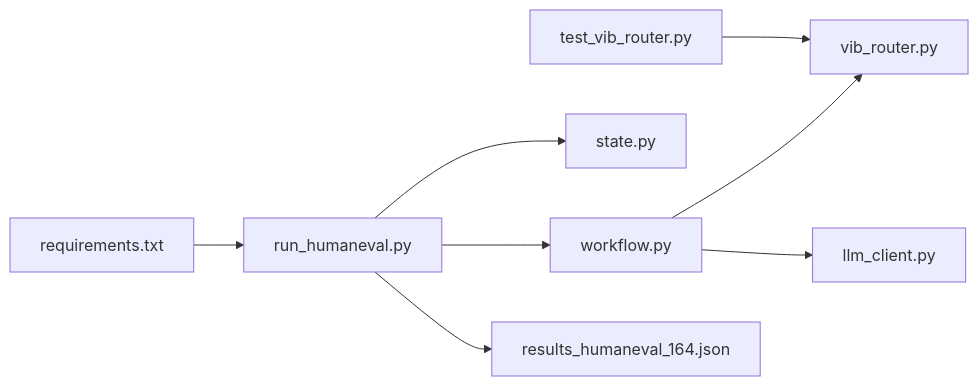
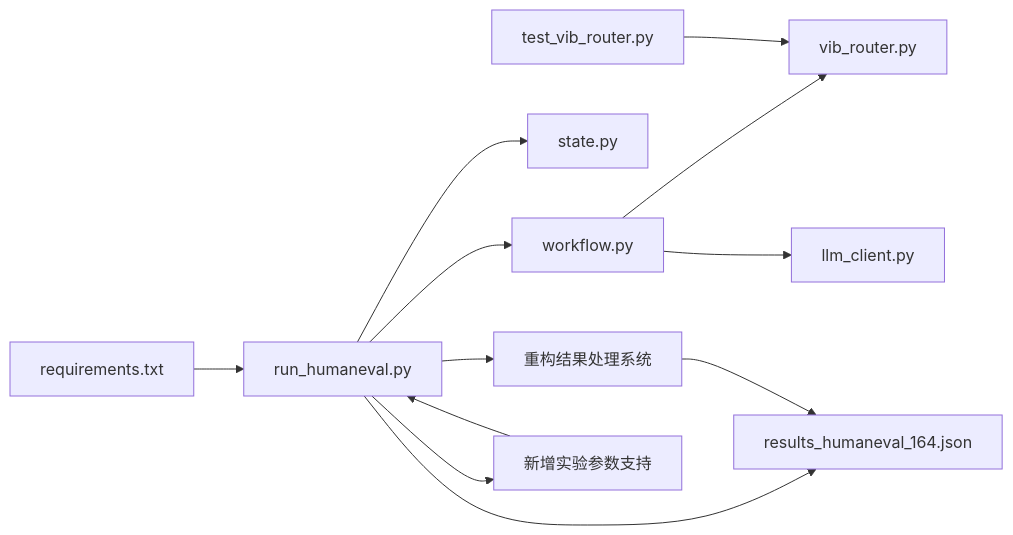
Before and after one commit to QuStarry/VIB-SparseCommunication: the ninth of 9 diagrams in .qoder/repowiki/zh/content/核心架构/实验框架/HumanEval基准测试.md, drawn with Mermaid. The commit also changed other lines of this file and 31 other files, not shown here.

````diff
--- a/.qoder/repowiki/zh/content/核心架构/实验框架/HumanEval基准测试.md
+++ b/.qoder/repowiki/zh/content/核心架构/实验框架/HumanEval基准测试.md
@@ -263,10 +324,14 @@
 ```mermaid
 graph LR
 RQ["requirements.txt"] --> RH["run_humaneval.py"]
 RH --> WF["workflow.py"]
 RH --> ST["state.py"]
 WF --> RC["vib_router.py"]
 WF --> LC["llm_client.py"]
 TS["test_vib_router.py"] --> RC
 RH --> RES["results_humaneval_164.json"]
+RH --> RP["重构结果处理系统"]
+RH --> EP["新增实验参数支持"]
+RP --> RES
+EP --> RH
 ```
````
